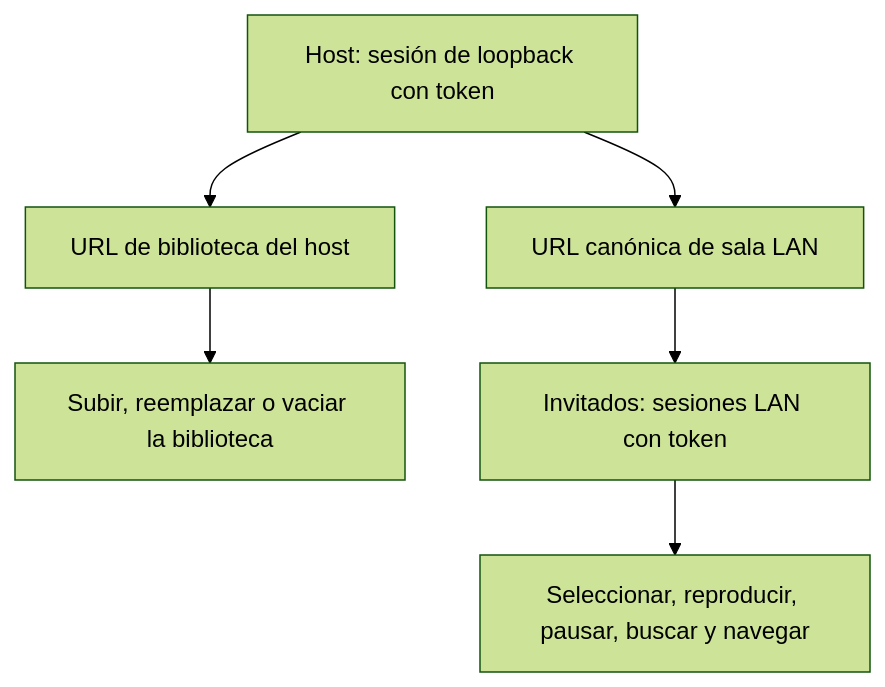
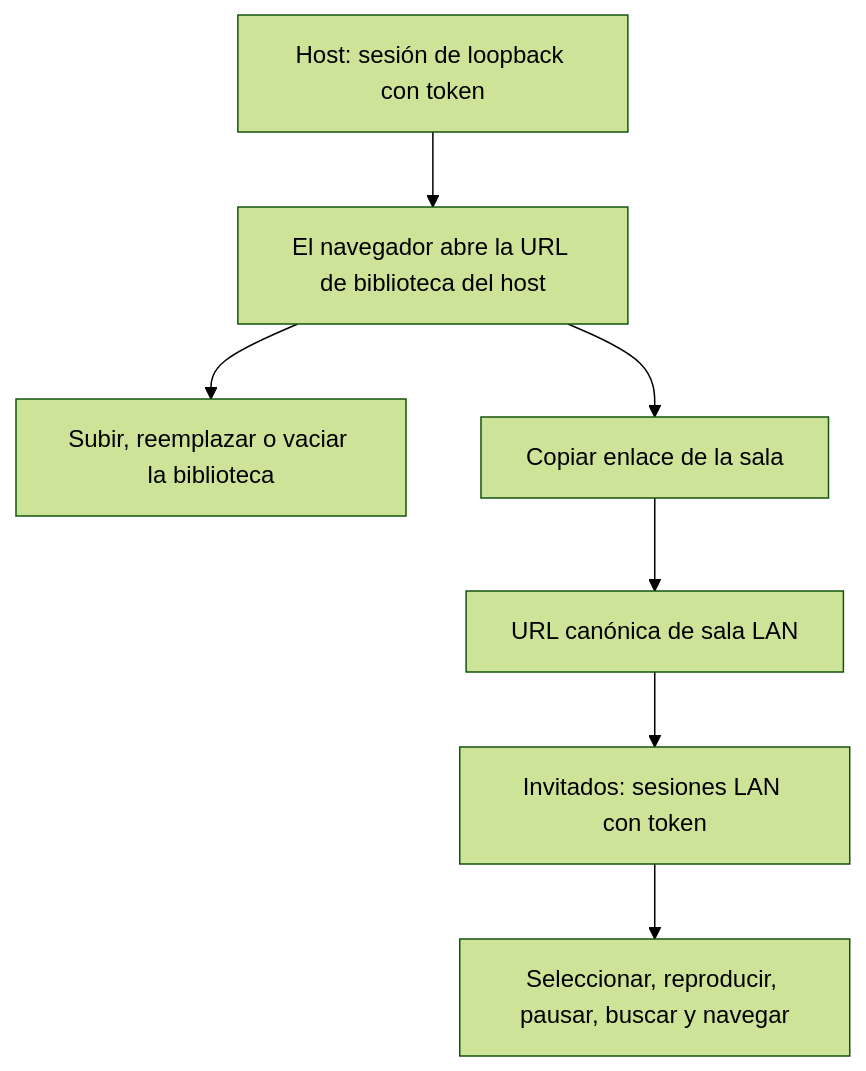
The first of 3 diagrams in docs/lan-shared-playback.es.md (Dortecx/The-Player), drawn with Mermaid (forest theme) before and after one commit. The commit also changed other lines of this file and 8 other files, not shown here.

````diff
--- a/docs/lan-shared-playback.es.md
+++ b/docs/lan-shared-playback.es.md
@@ -18,8 +18,9 @@
 ```mermaid
 flowchart TD
-    Host[Host: sesión de loopback con token] --> HostLibrary[URL de biblioteca del host]
+    Host[Host: sesión de loopback con token] --> HostLibrary[El navegador abre la URL de biblioteca del host]
     HostLibrary --> LibraryActions[Subir, reemplazar o vaciar la biblioteca]
-    Host --> LanUrl[URL canónica de sala LAN]
+    HostLibrary --> CopyLink[Copiar enlace de la sala]
+    CopyLink --> LanUrl[URL canónica de sala LAN]
     LanUrl --> Guests[Invitados: sesiones LAN con token]
     Guests --> Playback[Seleccionar, reproducir, pausar, buscar y navegar]
 ```
````
